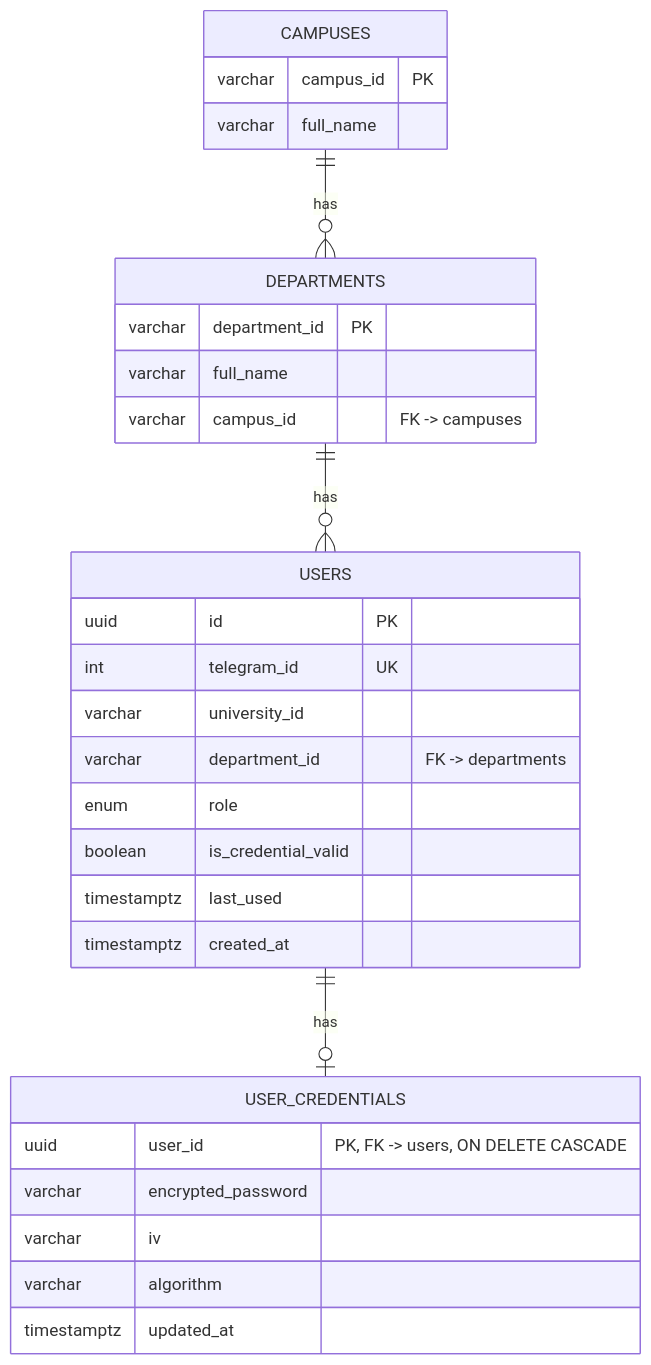
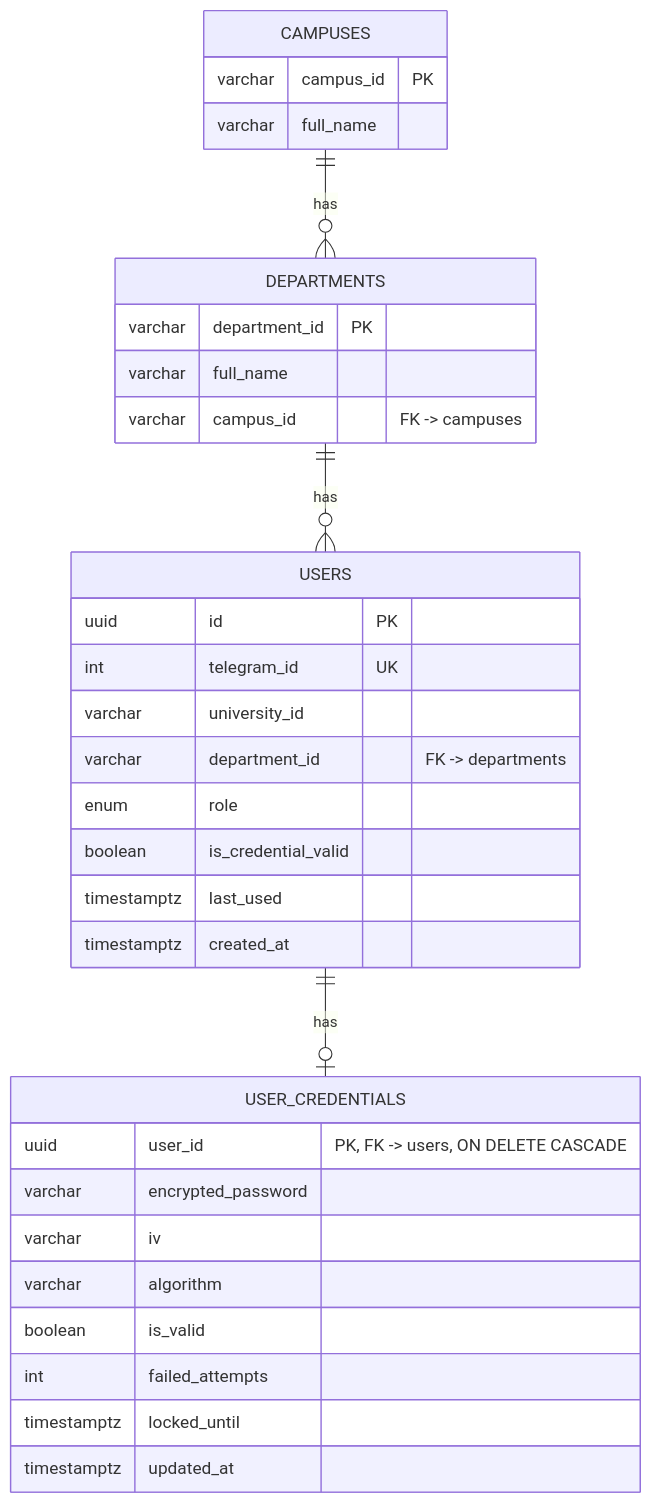
One commit to ob22a/aau_grade_bot changed the second of 4 diagrams in docs/architecture/data_model.md. Above: the diagram before and after it, drawn with Mermaid. The commit also changed other lines of this file and 1 other file, not shown here.

Commit message:
docs: fix mermaid text wrapping, update ER diagrams with ADR 021 fields, and add directory links

````diff
--- a/docs/architecture/data_model.md
+++ b/docs/architecture/data_model.md
@@ -55,33 +55,36 @@
 ```mermaid
 erDiagram
     CAMPUSES {
         varchar campus_id PK
         varchar full_name
     }
     DEPARTMENTS {
         varchar department_id PK
         varchar full_name
         varchar campus_id "FK -> campuses"
     }
     USERS {
         uuid id PK
         int telegram_id UK
         varchar university_id
         varchar department_id "FK -> departments"
         enum role
         boolean is_credential_valid
         timestamptz last_used
         timestamptz created_at
     }
     USER_CREDENTIALS {
         uuid user_id "PK, FK -> users, ON DELETE CASCADE"
         varchar encrypted_password
         varchar iv
         varchar algorithm
+        boolean is_valid
+        int failed_attempts
+        timestamptz locked_until
         timestamptz updated_at
     }
 
     CAMPUSES ||--o{ DEPARTMENTS : has
     DEPARTMENTS ||--o{ USERS : has
     USERS ||--o| USER_CREDENTIALS : has
 ```
````
